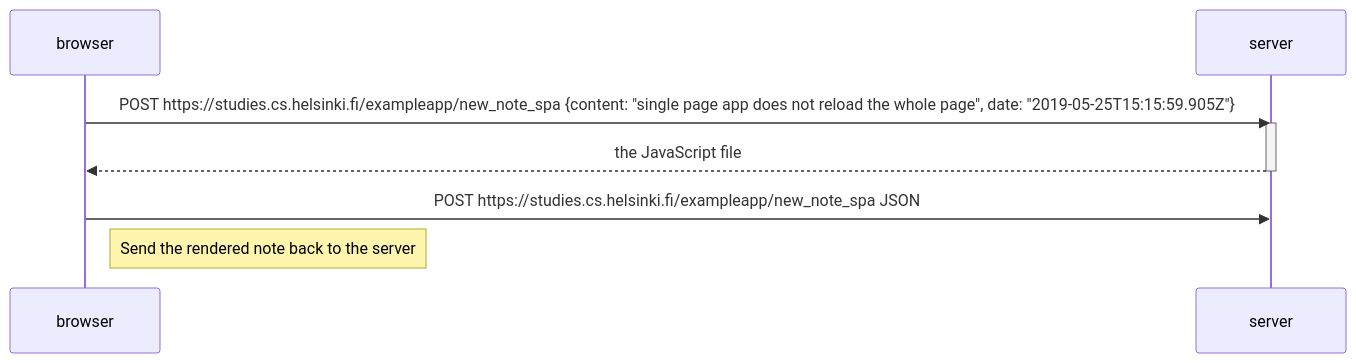
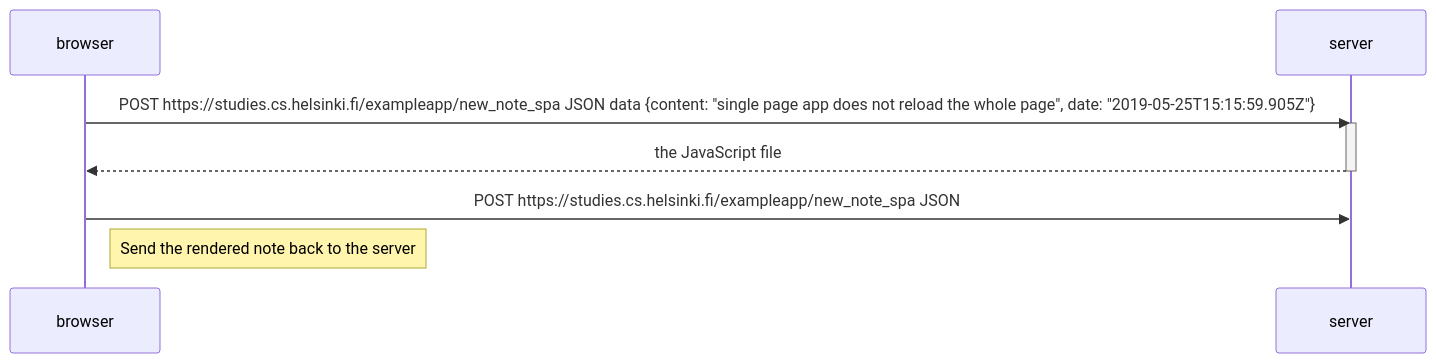
One commit to fullerene369/University-of-Helsinki-Full-Stack-open changed the diagram in part0/0.6: New note in Single page app diagram.md. Above: the diagram before and after it, drawn with Mermaid.

Commit message:
Update 0.6: New note in Single page app diagram.md

````diff
--- a/part0/0.6: New note in Single page app diagram.md
+++ b/part0/0.6: New note in Single page app diagram.md
@@ -1,16 +1,16 @@
 ```mermaid
 
 sequenceDiagram
     participant browser
     participant server
 
-    browser->>server: POST https://studies.cs.helsinki.fi/exampleapp/new_note_spa   {content: "single page app does not reload the whole page", date: "2019-05-25T15:15:59.905Z"}
+    browser->>server: POST https://studies.cs.helsinki.fi/exampleapp/new_note_spa  JSON data  {content: "single page app does not reload the whole page", date: "2019-05-25T15:15:59.905Z"}
     activate server
     server-->>browser: the JavaScript file
     deactivate server
 
     browser->>server: POST https://studies.cs.helsinki.fi/exampleapp/new_note_spa JSON 
 
     Note right of browser: Send the rendered note back to the server
 
 ```
````
